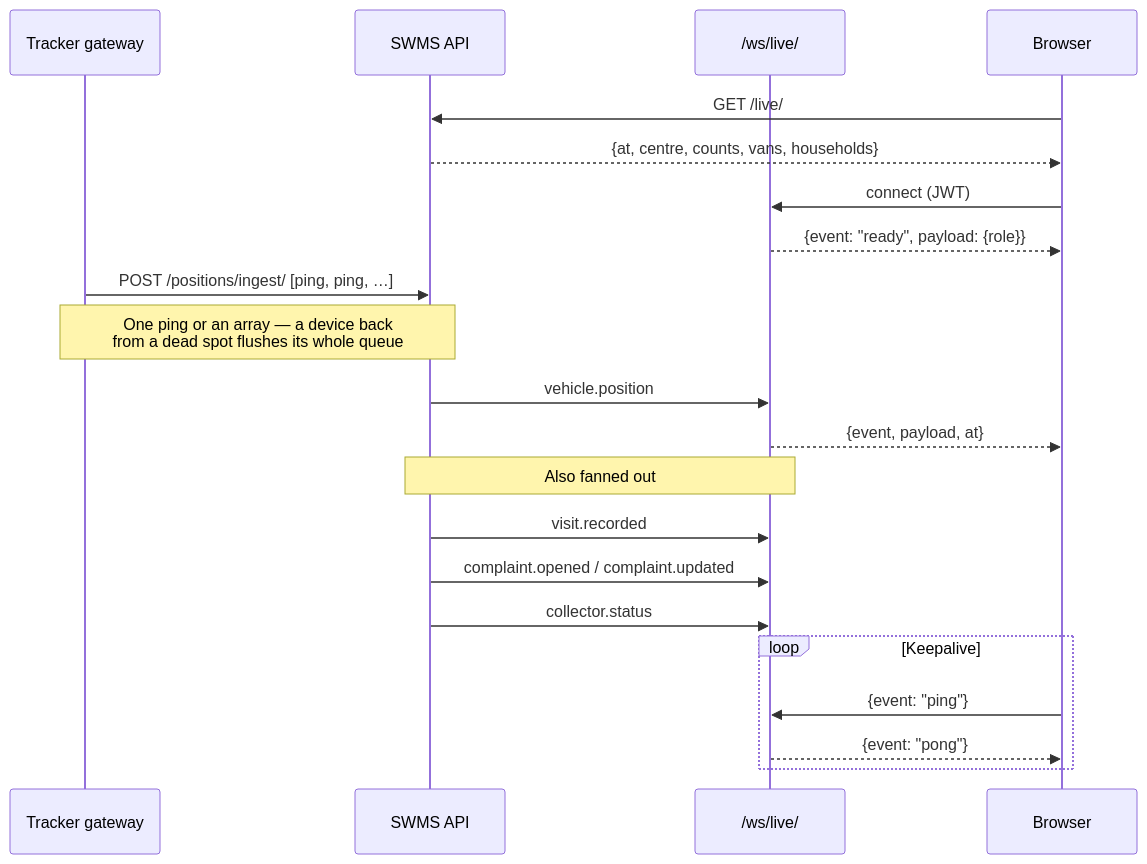
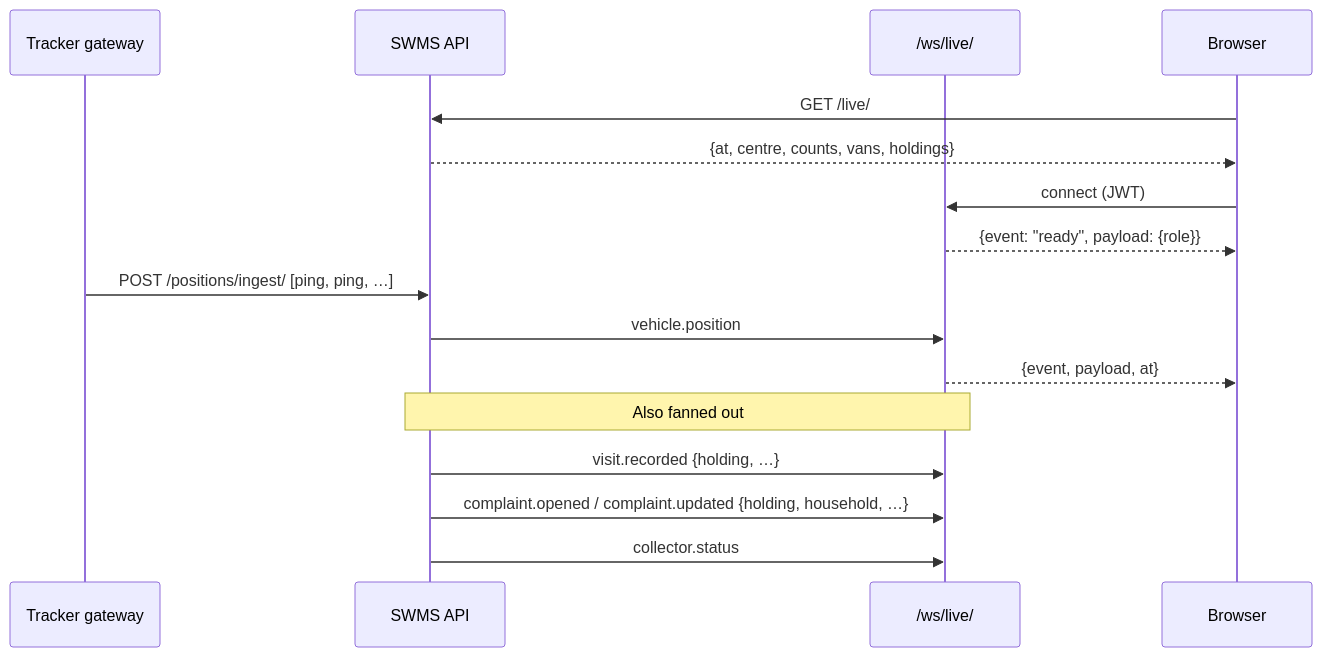
One commit to DataMartBD/Solid-Waste-Management changed diagram 16 of 18 in docs/WORKFLOWS.md. Above: the diagram before and after it, drawn with Mermaid. The commit also changed other lines of this file and 189 other files, not shown here.

````diff
--- a/docs/WORKFLOWS.md
+++ b/docs/WORKFLOWS.md
@@ -535,27 +607,21 @@
 ```mermaid
 sequenceDiagram
     participant G as Tracker gateway
     participant API as SWMS API
     participant WS as /ws/live/
     participant B as Browser
 
     B->>API: GET /live/
-    API-->>B: {at, centre, counts, vans, households}
+    API-->>B: {at, centre, counts, vans, holdings}
     B->>WS: connect (JWT)
     WS-->>B: {event: "ready", payload: {role}}
 
     G->>API: POST /positions/ingest/ [ping, ping, …]
-    Note over G,API: One ping or an array — a device back<br/>from a dead spot flushes its whole queue
     API->>WS: vehicle.position
     WS-->>B: {event, payload, at}
 
     Note over API,WS: Also fanned out
-    API->>WS: visit.recorded
-    API->>WS: complaint.opened / complaint.updated
+    API->>WS: visit.recorded {holding, …}
+    API->>WS: complaint.opened / complaint.updated {holding, household, …}
     API->>WS: collector.status
-
-    loop Keepalive
-        B->>WS: {event: "ping"}
-        WS-->>B: {event: "pong"}
-    end
 ```
````
